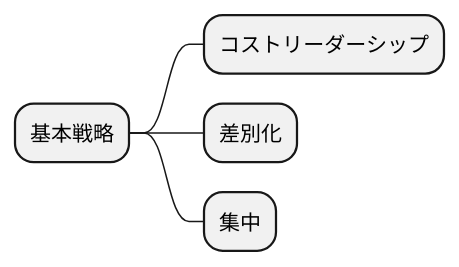
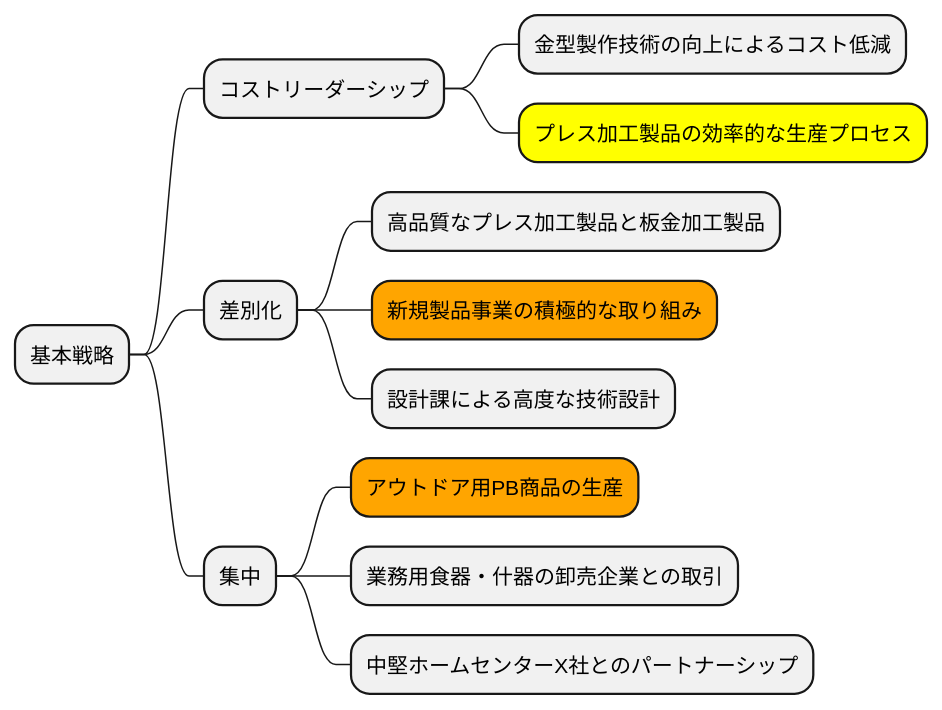
Before and after one commit to k2works/case-sutudy-business-analysis: the eighth of 16 diagrams in docs/case/r04_case_3.adoc, drawn with PlantUML. The commit also changed other lines of this file and 1 other file, not shown here.

```diff
--- a/docs/case/r04_case_3.adoc
+++ b/docs/case/r04_case_3.adoc
@@ -348,11 +348,19 @@
 [plantuml]
 ----
 @startmindmap
 
 * 基本戦略
 ** コストリーダーシップ
+*** 金型製作技術の向上によるコスト低減
+***[#yellow] プレス加工製品の効率的な生産プロセス
 ** 差別化
+*** 高品質なプレス加工製品と板金加工製品
+***[#orange] 新規製品事業の積極的な取り組み
+*** 設計課による高度な技術設計
 ** 集中
+***[#orange] アウトドア用PB商品の生産
+*** 業務用食器・什器の卸売企業との取引
+*** 中堅ホームセンターX社とのパートナーシップ
 
 @endmindmap
 ----
```
